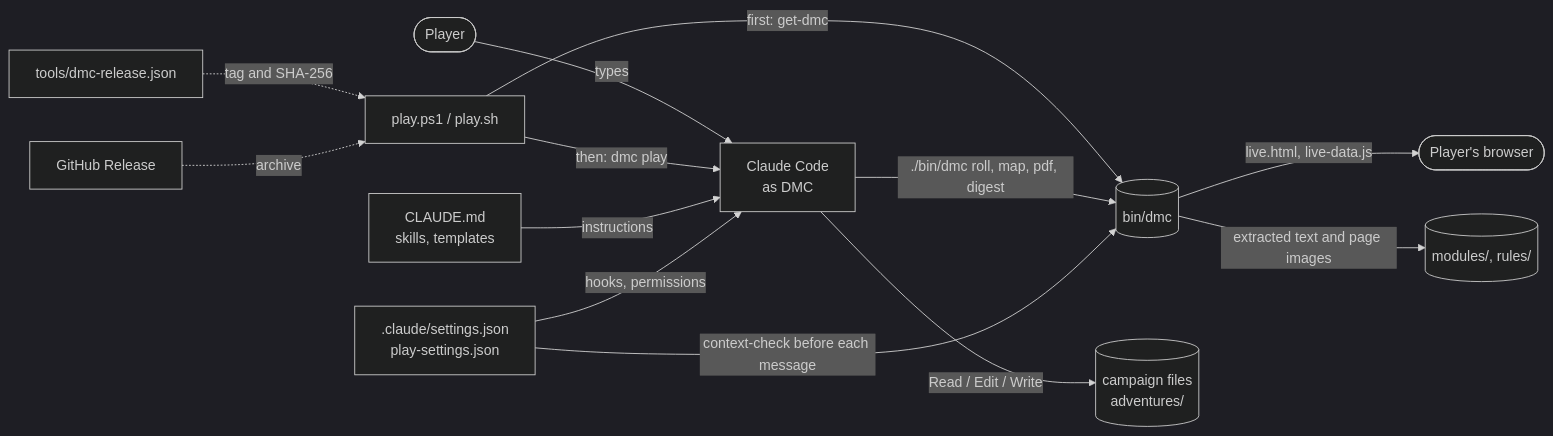
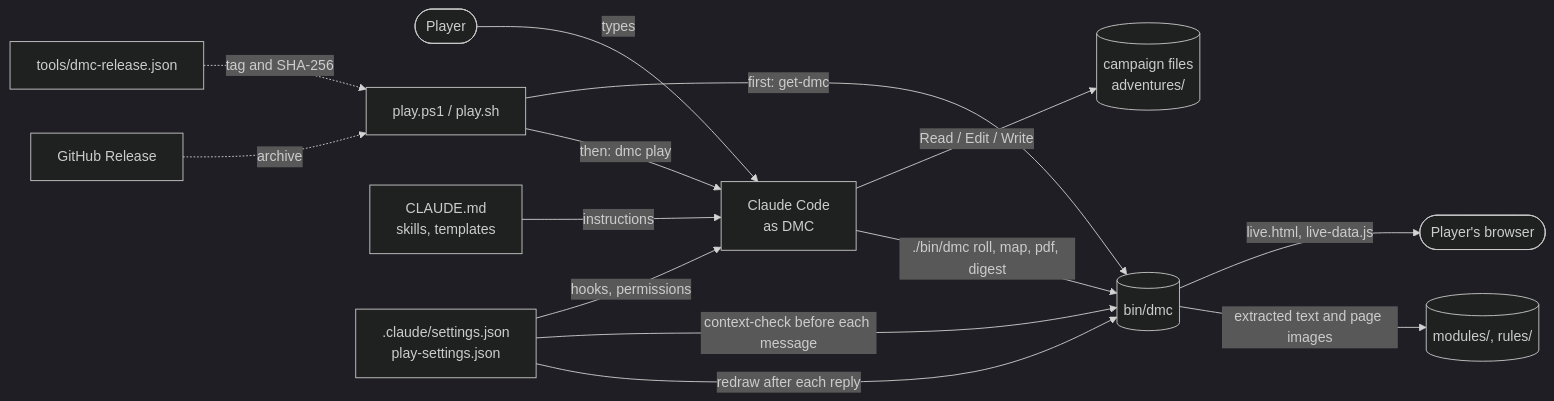
One commit to abaskett3/dungeon-master-claude changed the diagram in .docs/architecture.md. Above: the diagram before and after it, drawn with Mermaid (dark theme). The commit also changed other lines of this file and 17 other files, not shown here.

First line of the commit message:
Redraw the map after the reply with a Stop hook (dmc redraw)

````diff
--- a/.docs/architecture.md
+++ b/.docs/architecture.md
@@ -23,15 +23,16 @@
 ```mermaid
 flowchart LR
     player([Player]) -- types --> cc[Claude Code<br/>as DMC]
     launcher[play.ps1 / play.sh] -- first: get-dmc --> bin[(bin/dmc)]
     pin[tools/dmc-release.json] -. tag and SHA-256 .-> launcher
     gh[GitHub Release] -. archive .-> launcher
     launcher -- then: dmc play --> cc
     rules[CLAUDE.md<br/>skills, templates] -- instructions --> cc
     settings[.claude/settings.json<br/>play-settings.json] -- hooks, permissions --> cc
     cc -- Read / Edit / Write --> files[(campaign files<br/>adventures/)]
     cc -- ./bin/dmc roll, map, pdf, digest --> bin
     settings -- context-check before each message --> bin
+    settings -- redraw after each reply --> bin
     bin -- live.html, live-data.js --> browser([Player's browser])
     bin -- extracted text and page images --> modules[(modules/, rules/)]
 ```
````
